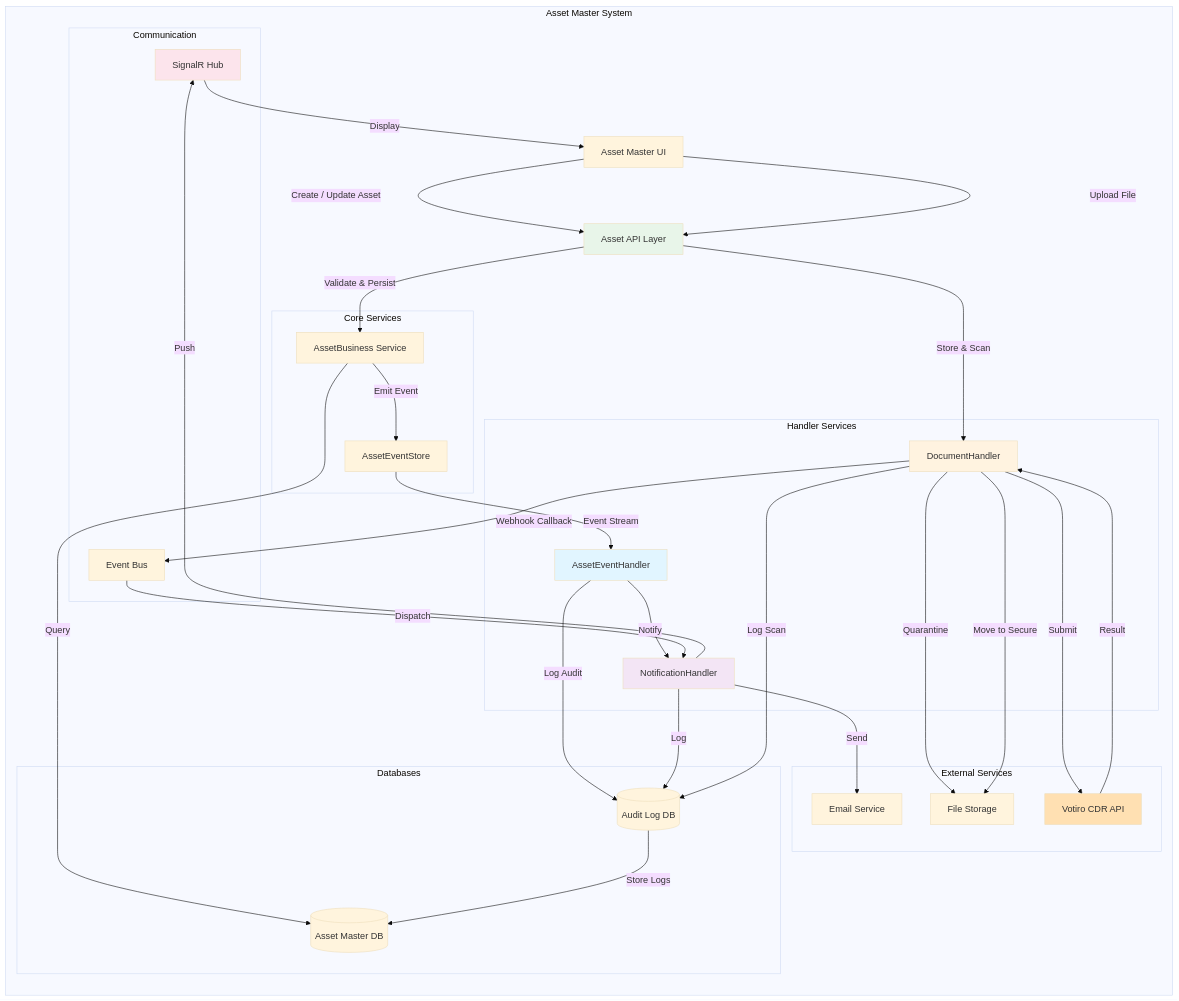
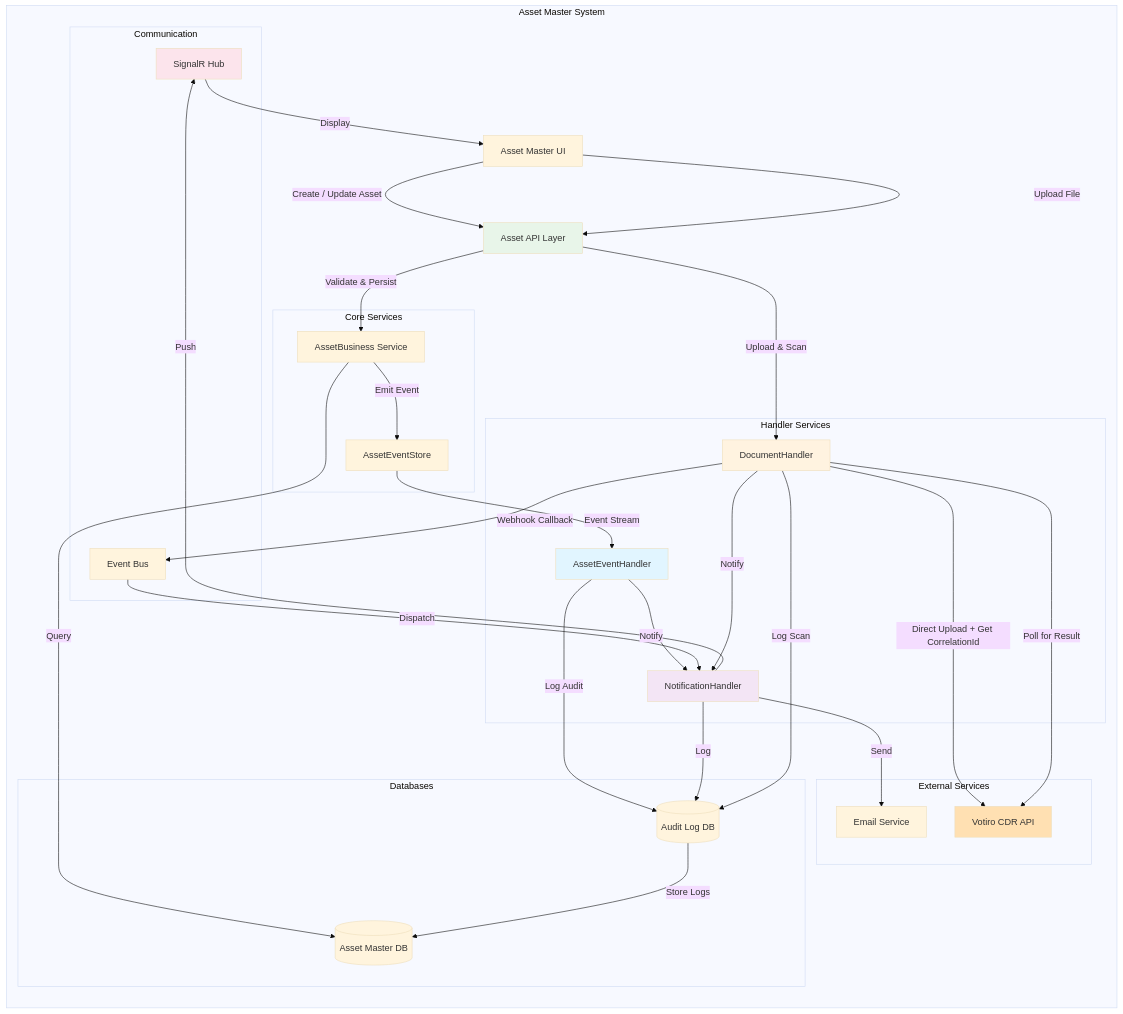
One commit to arup-ghosh-maersk/cia-lld changed the first of 4 diagrams in asset-management/diagrams/03_Component_Class_Diagrams.md. Above: the diagram before and after it, drawn with Mermaid (base theme). The commit also changed other lines of this file, not shown here.

````diff
--- a/asset-management/diagrams/03_Component_Class_Diagrams.md
+++ b/asset-management/diagrams/03_Component_Class_Diagrams.md
@@ -9,67 +9,65 @@
 ```mermaid
 graph LR
     subgraph "Asset Master System"
         UI[Asset Master UI]
         API[Asset API Layer]
 
         subgraph "Core Services"
             AES[AssetEventStore]
             AB[AssetBusiness Service]
         end
 
         subgraph "Handler Services"
             AEH[AssetEventHandler]
             NH[NotificationHandler]
             DH[DocumentHandler]
         end
 
         subgraph "External Services"
             VOTIRO[Votiro CDR API]
             EMAIL[Email Service]
-            STORAGE[File Storage]
         end
 
         subgraph "Databases"
             ASSETDB[(Asset Master DB)]
             AUDITDB[(Audit Log DB)]
         end
 
         subgraph "Communication"
             SIGNALR[SignalR Hub]
             WEBHOOK[Event Bus]
         end
     end
 
     UI -->|Create / Update Asset| API
     API -->|Validate & Persist| AB
     AB -->|Emit Event| AES
 
     AES -->|Event Stream| AEH
     AEH -->|Log Audit| AUDITDB
     AEH -->|Notify| NH
 
     NH -->|Push| SIGNALR
     NH -->|Send| EMAIL
     NH -->|Log| AUDITDB
     SIGNALR -->|Display| UI
 
     UI -->|Upload File| API
-    API -->|Store & Scan| DH
-    DH -->|Quarantine| STORAGE
-    DH -->|Submit| VOTIRO
+    API -->|Upload & Scan| DH
+    DH -->|Direct Upload + Get CorrelationId| VOTIRO
+    DH -->|Poll for Result| VOTIRO
     DH -->|Webhook Callback| WEBHOOK
     WEBHOOK -->|Dispatch| NH
     DH -->|Log Scan| AUDITDB
-    VOTIRO -->|Result| DH
-    DH -->|Move to Secure| STORAGE
+    DH -->|Notify| NH
 
     AB -->|Query| ASSETDB
     AUDITDB -->|Store Logs| ASSETDB
 
     style AEH fill:#e1f5ff
     style NH fill:#f3e5f5
     style DH fill:#fff3e0
     style API fill:#e8f5e9
     style SIGNALR fill:#fce4ec
     style VOTIRO fill:#ffe0b2
 ```
````
